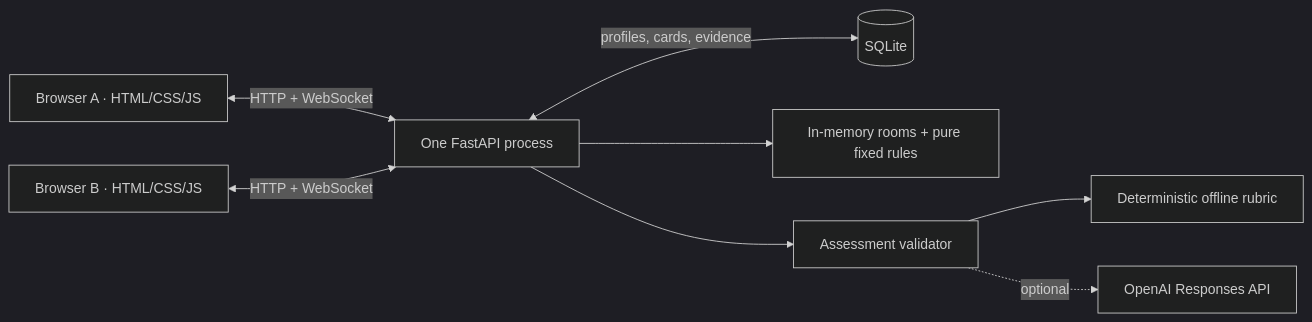
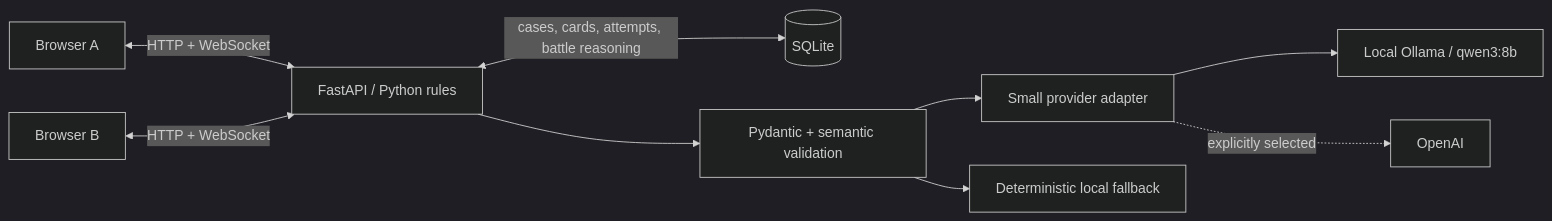
The diagram in README.md (cx07-oss/neural-draft), drawn with Mermaid (dark theme) before and after one commit. The commit also changed other lines of this file and 18 other files, not shown here.

Commit message:
Add Ollama AI generation and reasoning gameplay

````diff
--- a/README.md
+++ b/README.md
@@ -57,10 +134,11 @@
 ```mermaid
 flowchart LR
-  A[Browser A · HTML/CSS/JS] <-->|HTTP + WebSocket| S[One FastAPI process]
-  B[Browser B · HTML/CSS/JS] <-->|HTTP + WebSocket| S
-  S <-->|profiles, cards, evidence| D[(SQLite)]
-  S --> R[In-memory rooms + pure fixed rules]
-  S --> V[Assessment validator]
-  V --> O[Deterministic offline rubric]
-  V -. optional .-> L[OpenAI Responses API]
+  A[Browser A] <-->|HTTP + WebSocket| S[FastAPI / Python rules]
+  B[Browser B] <-->|HTTP + WebSocket| S
+  S <-->|cases, cards, attempts, battle reasoning| D[(SQLite)]
+  S --> V[Pydantic + semantic validation]
+  V --> P[Small provider adapter]
+  P --> O[Local Ollama / qwen3:8b]
+  P -. explicitly selected .-> C[OpenAI]
+  V --> F[Deterministic local fallback]
 ```
````
